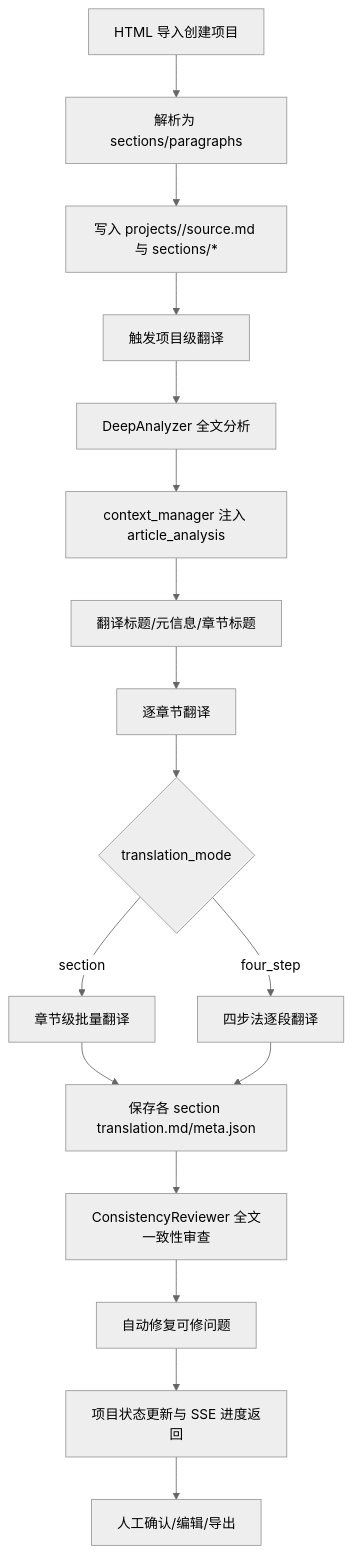
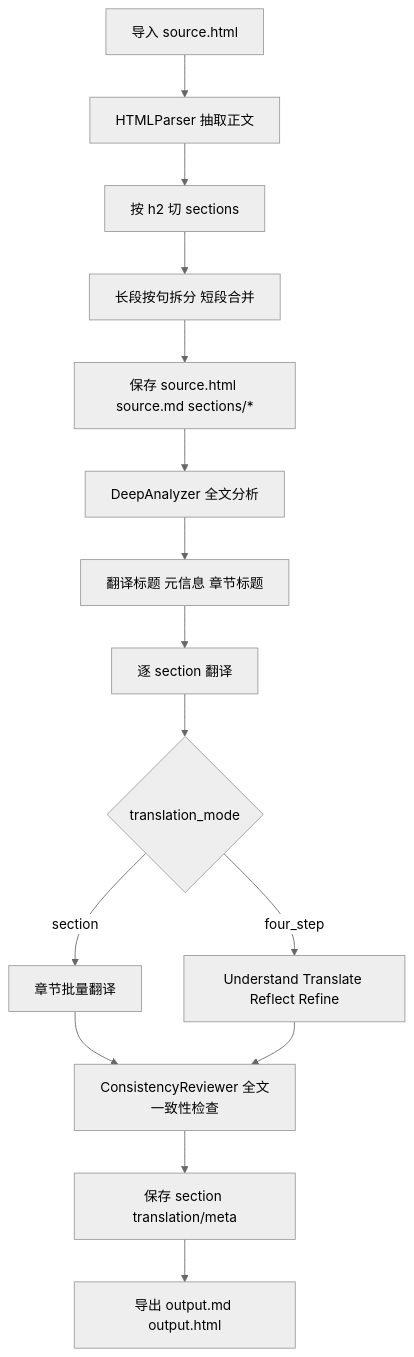
The first of 2 diagrams in docs/PROJECT_TRANSLATION_FLOW_VS_BAOYU_TRANSLATE.md (zzxxww01/translation-web), drawn with Mermaid (neutral theme) before and after one commit. The commit also changed other lines of this file and 51 other files, not shown here.

````diff
--- a/docs/PROJECT_TRANSLATION_FLOW_VS_BAOYU_TRANSLATE.md
+++ b/docs/PROJECT_TRANSLATION_FLOW_VS_BAOYU_TRANSLATE.md
@@ -122,19 +64,17 @@
 ```mermaid
 flowchart TD
-    A[HTML 导入创建项目] --> B[解析为 sections/paragraphs]
-    B --> C[写入 projects/<id>/source.md 与 sections/*]
-    C --> D[触发项目级翻译]
-    D --> E[DeepAnalyzer 全文分析]
-    E --> F[context_manager 注入 article_analysis]
-    F --> G[翻译标题/元信息/章节标题]
-    G --> H[逐章节翻译]
+    A[导入 source.html] --> B[HTMLParser 抽取正文]
+    B --> C[按 h2 切 sections]
+    C --> D[长段按句拆分 短段合并]
+    D --> E[保存 source.html source.md sections/*]
+    E --> F[DeepAnalyzer 全文分析]
+    F --> G[翻译标题 元信息 章节标题]
+    G --> H[逐 section 翻译]
     H --> I{translation_mode}
-    I -->|section| J[章节级批量翻译]
-    I -->|four_step| K[四步法逐段翻译]
-    J --> L[保存各 section translation.md/meta.json]
+    I -->|section| J[章节批量翻译]
+    I -->|four_step| K[Understand Translate Reflect Refine]
+    J --> L[ConsistencyReviewer 全文一致性检查]
     K --> L
-    L --> M[ConsistencyReviewer 全文一致性审查]
-    M --> N[自动修复可修问题]
-    N --> O[项目状态更新与 SSE 进度返回]
-    O --> P[人工确认/编辑/导出]
+    L --> M[保存 section translation/meta]
+    M --> N[导出 output.md output.html]
 ```
````
